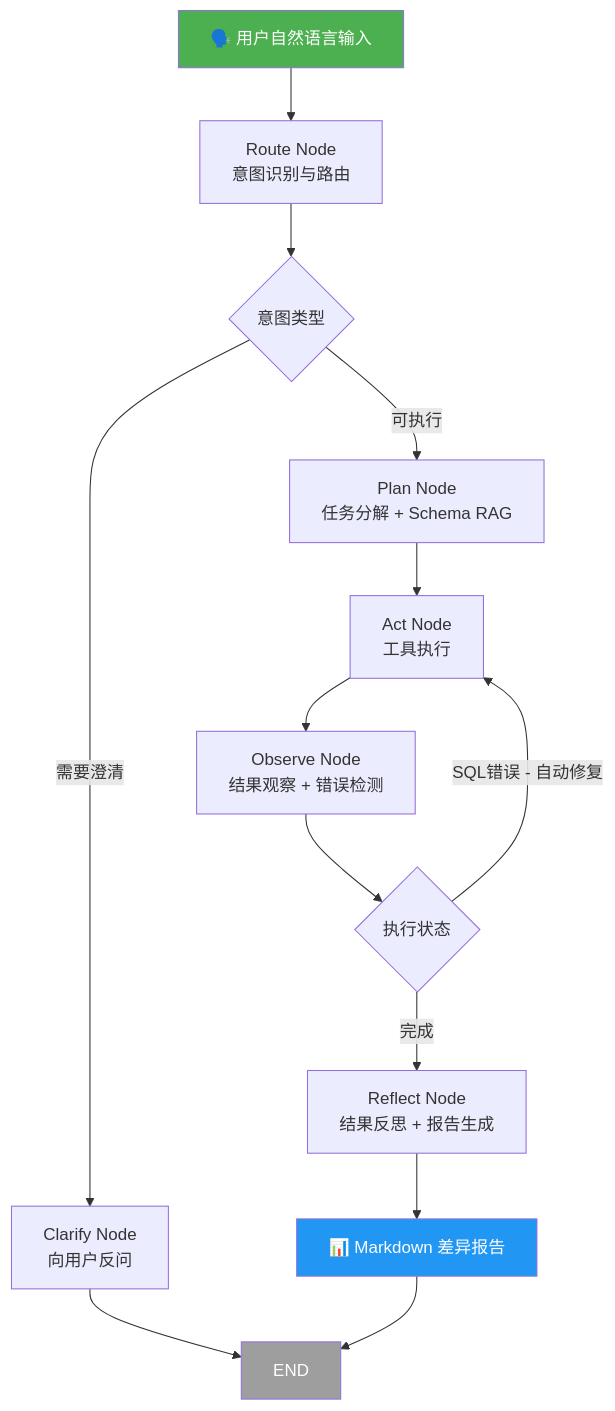
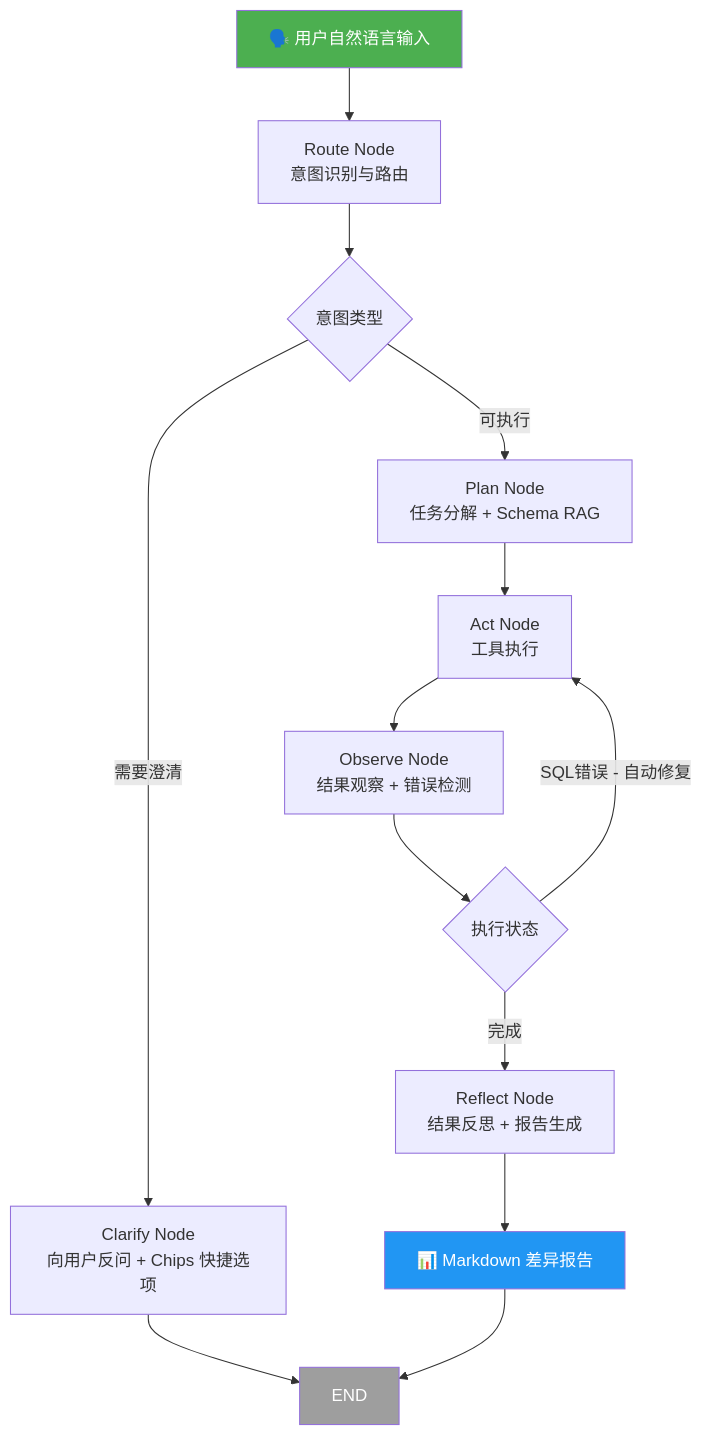
The diagram in README.md (Marbacj/SQL-Reconciliation-Agent), drawn with Mermaid before and after one commit. The commit also changed other lines of this file and 21 other files, not shown here.

````diff
--- a/README.md
+++ b/README.md
@@ -96,19 +101,19 @@
 ```mermaid
 flowchart TD
     A["🗣️ 用户自然语言输入"] --> B["Route Node\n意图识别与路由"]
     B --> C{"意图类型"}
-    C -->|"需要澄清"| D["Clarify Node\n向用户反问"]
+    C -->|"需要澄清"| D["Clarify Node\n向用户反问 + Chips 快捷选项"]
     C -->|"可执行"| E["Plan Node\n任务分解 + Schema RAG"]
     E --> F["Act Node\n工具执行"]
     F --> G["Observe Node\n结果观察 + 错误检测"]
     G --> H{"执行状态"}
     H -->|"SQL错误 - 自动修复"| F
     H -->|"完成"| I["Reflect Node\n结果反思 + 报告生成"]
     I --> J["📊 Markdown 差异报告"]
     D --> K["END"]
     J --> K
 
     style A fill:#4CAF50,color:#fff
     style J fill:#2196F3,color:#fff
     style K fill:#9E9E9E,color:#fff
 ```
````
